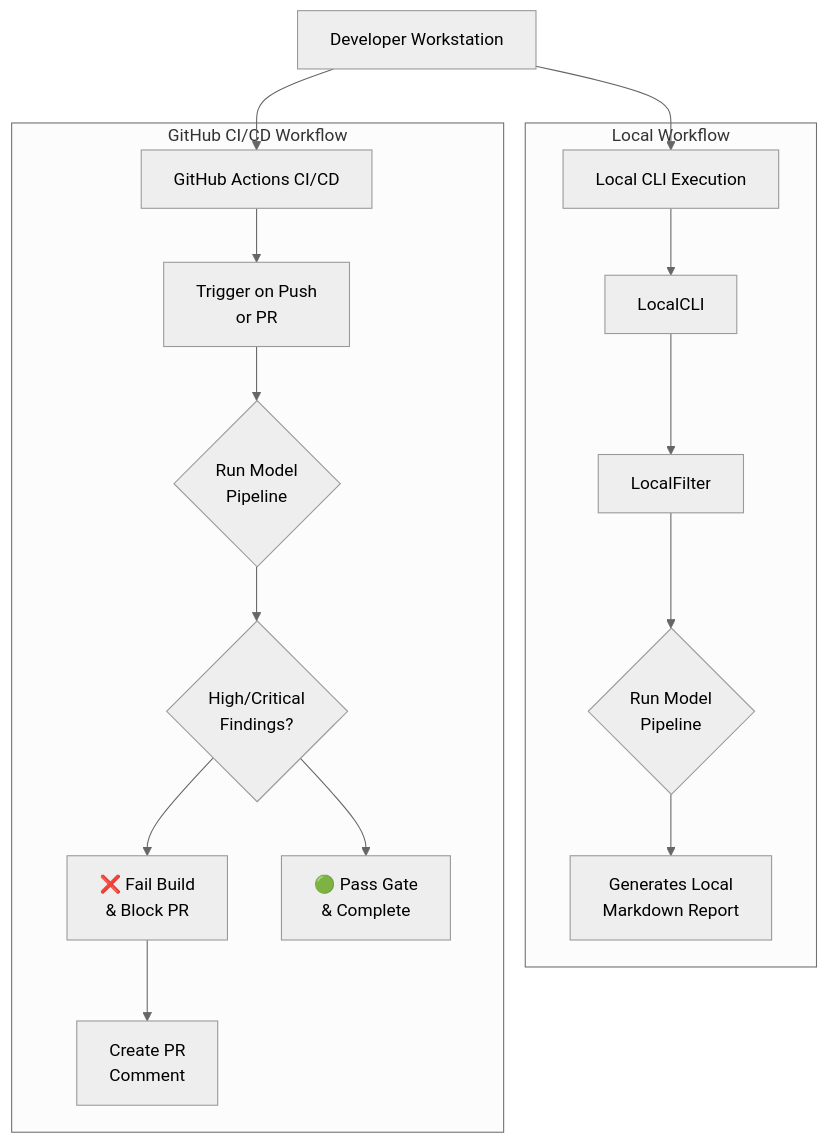
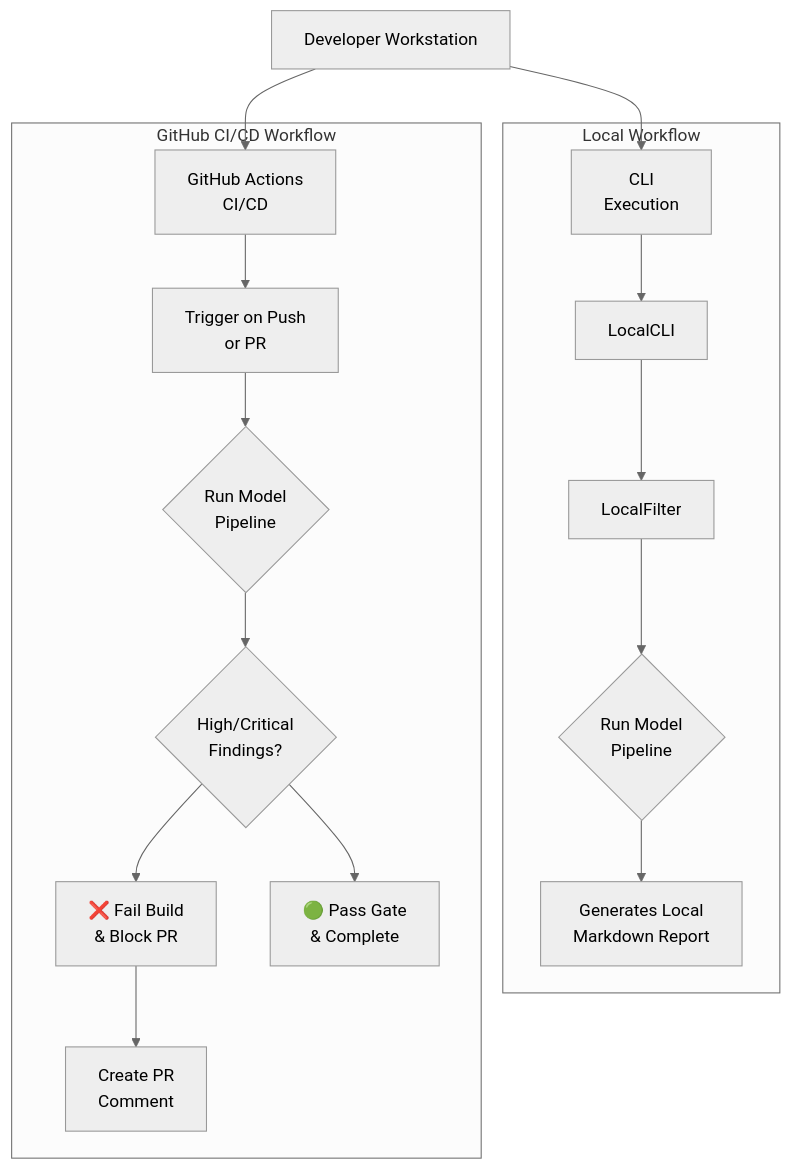
One commit to donaldlew/Ai-Scanner changed the diagram in README.md. Above: the diagram before and after it, drawn with Mermaid (neutral theme).

````diff
--- a/README.md
+++ b/README.md
@@ -15,22 +15,22 @@
 ```mermaid
 graph TD
-    Dev[Developer Workstation] --> Local[Local CLI Execution]
-    Dev --> GitHub[GitHub Actions CI/CD]
+    Dev[Developer Workstation] --> Local[CLI<br/>Execution]
+    Dev --> GitHub[GitHub Actions<br/>CI/CD]
 
     subgraph "Local Workflow"
         Local --> LocalCLI
         LocalCLI --> LocalFilter
         LocalFilter --> RunLocalLLM{"Run Model<br/>Pipeline"}
         RunLocalLLM --> LocalReport["Generates Local<br/>Markdown Report"]
     end
 
     subgraph "GitHub CI/CD Workflow"
         GitHub --> GHA["Trigger on Push<br/>or PR"]
         GHA --> RunGitLLM{"Run Model<br/>Pipeline"}
         RunGitLLM --> GHAGate{"High/Critical<br/>Findings?"}
         GHAGate --> Fail["❌ Fail Build<br/>& Block PR"]
         GHAGate --> Pass["🟢 Pass Gate<br/>& Complete"]
         Fail --> Comment["Create PR<br/>Comment"]
     end
 
 ```
````
